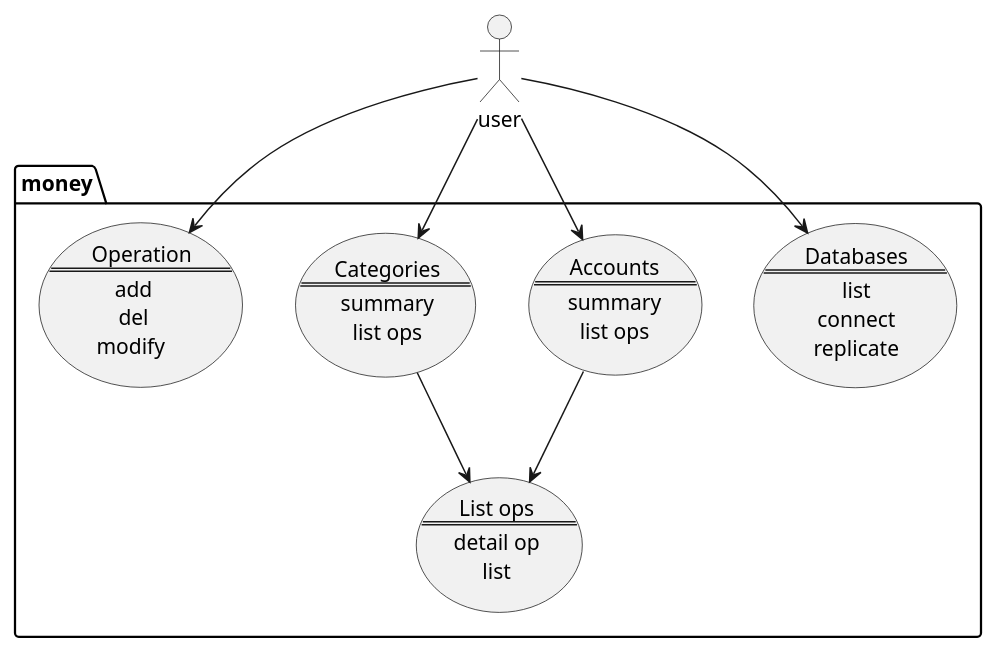
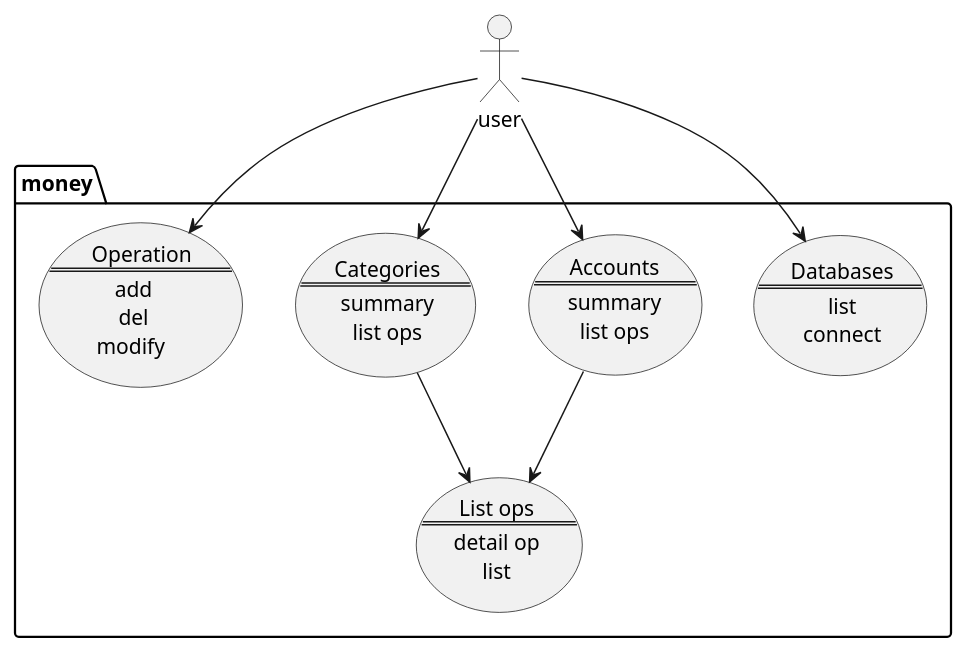
One commit to tp38/money_java changed the diagram in doc/uml/0-main/mj_use-case.puml. Above: the diagram before and after it, drawn with PlantUML. The commit also changed 40 other files, not shown here.

```diff
--- a/doc/uml/0-main/mj_use-case.puml
+++ b/doc/uml/0-main/mj_use-case.puml
@@ -1,50 +1,49 @@
 @startuml "use cases diagram"
 
 'left to right direction
 
 package money {
     usecase DB as "
     Databases
     ==
     list
     connect
-    replicate
     "
 
     usecase Acc as "
     Accounts
     ==
     summary
     list ops
     "
 
     usecase Cat as "
     Categories
     ==
     summary
     list ops
     "
 
     usecase list as "
     List ops
     ==
     detail op
     list"
 
     usecase Op as "
     Operation
     ==
     add   
     del   
     modify    
     "
 }
 
 :user: --> (DB) 
 :user: --> (Acc)
 :user: --> (Cat)
 (Acc) --> (list)
 (Cat) --> (list)
 :user: --> (Op)
 
 @enduml
```
